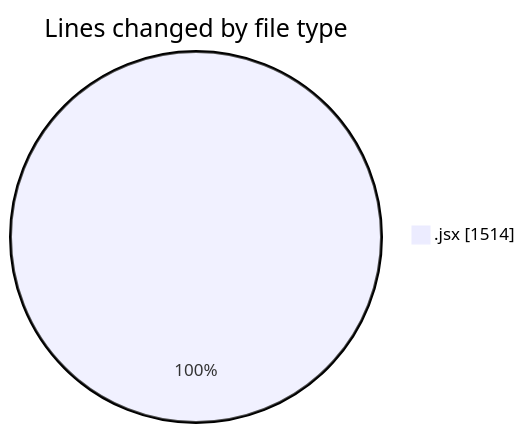
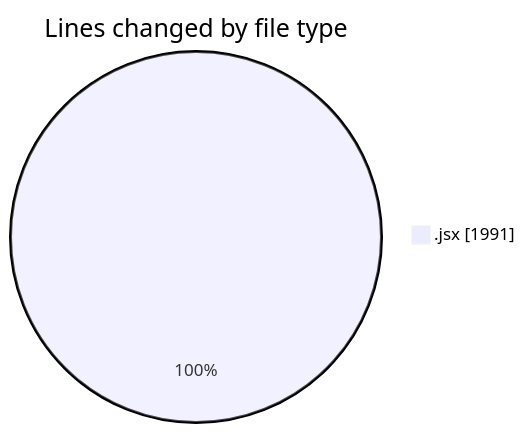
Before and after one commit to nxtqubesakshisongat/code-tracking: the first of 2 diagrams in 2025-09-21/nxtqube_webapp/README.md, drawn with Mermaid. The commit also changed other lines of this file and 1 other file, not shown here.

````diff
--- a/2025-09-21/nxtqube_webapp/README.md
+++ b/2025-09-21/nxtqube_webapp/README.md
@@ -20,5 +21,5 @@
 ```mermaid
 pie showData
 title Lines changed by file type
-".jsx" : 1514
+".jsx" : 1991
 ```
````
